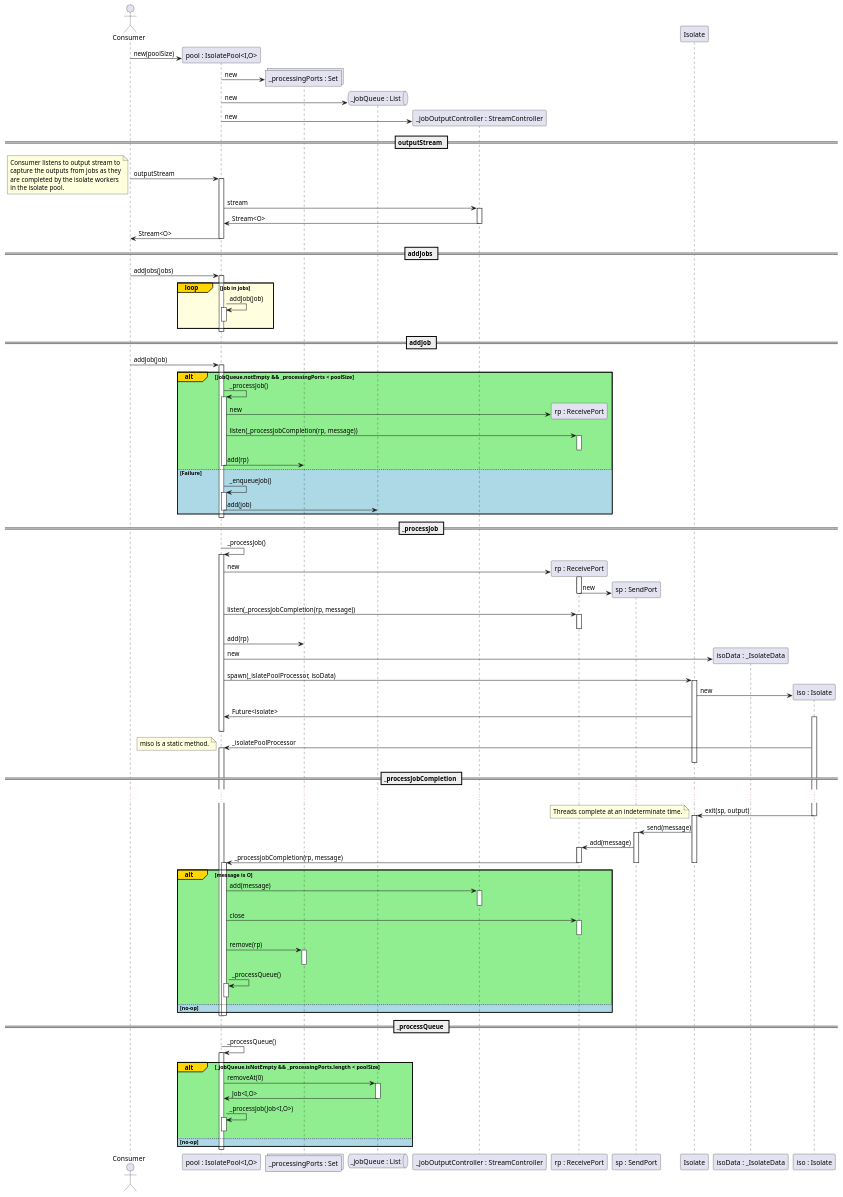
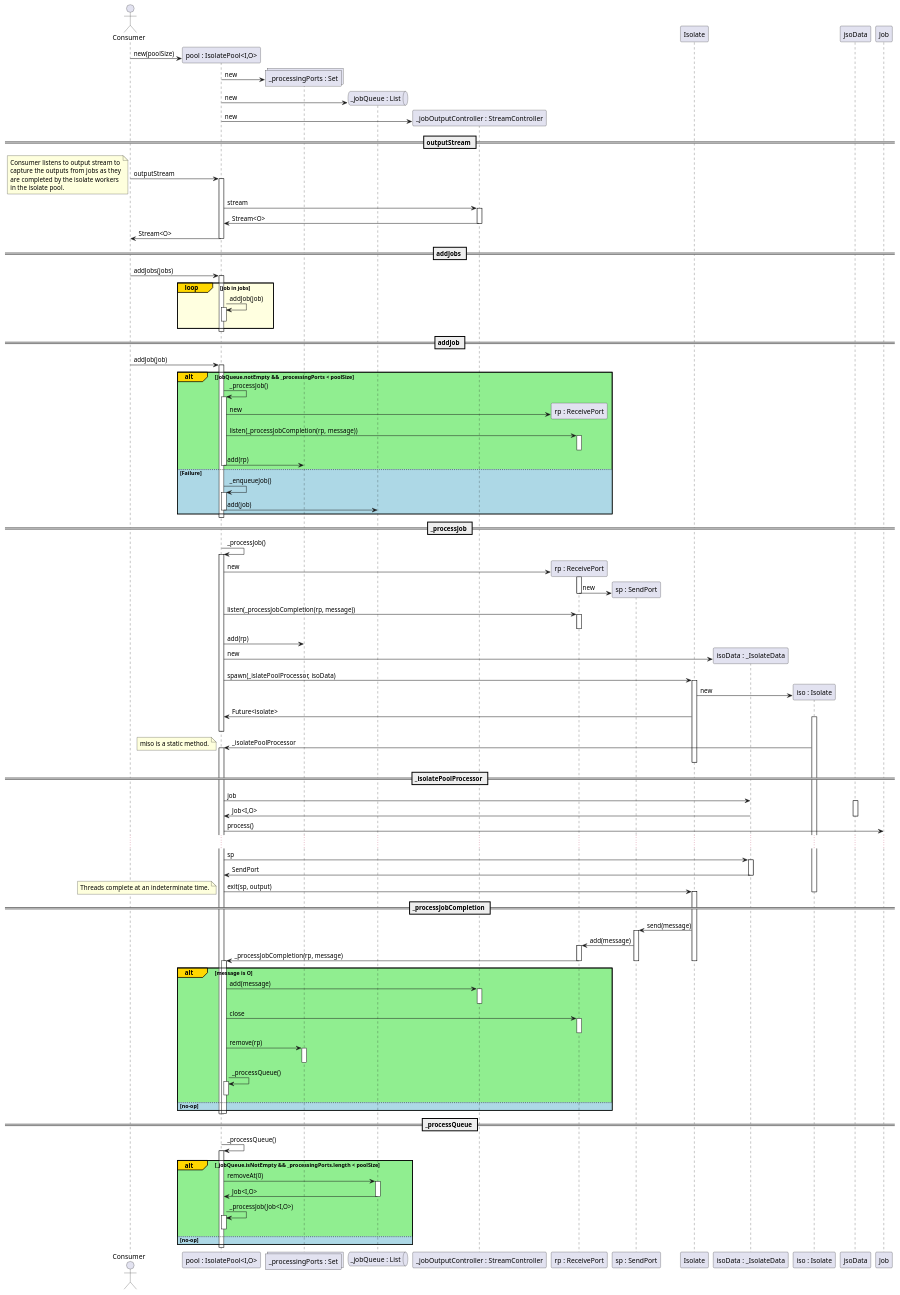
Before and after one commit to commonCereal/miso: the diagram in documentation/miso.puml, drawn with PlantUML. The commit also changed 1 other file, not shown here.

Commit message:
implemented sequence Diagram for static _isoPoolProcessor function.

```diff
--- a/documentation/miso.puml
+++ b/documentation/miso.puml
@@ -1,142 +1,153 @@
 @startuml
 'https://plantuml.com/sequence-diagram
 
 'autonumber
 actor Consumer
 participant "pool : IsolatePool<I,O>" as miso
 collections "_processingPorts : Set" as _processingPorts
 queue "_jobQueue : List" as _jobQueue
 participant "_jobOutputController : StreamController" as _jobOutputController
 participant "rp : ReceivePort" as rp
 participant "sp : SendPort" as sp
 participant Isolate
 participant "isoData : _IsolateData" as isoData
 participant "iso : Isolate" as isolate
 
 Consumer -> miso **: new(poolSize)
 miso -> _processingPorts ** : new
 miso -> _jobQueue ** : new
 miso -> _jobOutputController ** : new
 
 
 == outputStream ==
 Consumer -> miso : outputStream
 note left
     Consumer listens to output stream to
     capture the outputs from jobs as they
     are completed by the isolate workers
     in the isolate pool.
 end note
 activate miso
     miso -> _jobOutputController : stream
     activate _jobOutputController
         _jobOutputController -> miso : Stream<O>
     deactivate _jobOutputController
     miso -> Consumer : Stream<O>
 deactivate miso
 
 == addJobs ==
 Consumer -> miso : addJobs(jobs)
 activate miso
     loop#Gold #LightYellow job in jobs
         miso -> miso : addJob(job)
         activate miso
         deactivate miso
     end
 deactivate miso
 == addJob ==
 Consumer -> miso : addJob(job)
 activate miso
     alt#Gold #LightGreen JobQueue.notEmpty && _processingPorts < poolSize
         miso -> miso : _processJob()
         activate miso
             miso -> rp ** : new
             miso -> rp : listen(_processJobCompletion(rp, message))
             activate rp
             deactivate rp
             miso -> _processingPorts : add(rp)
 
         deactivate miso
     else #LightBlue Failure
         miso -> miso : _enqueueJob()
         activate miso
             miso -> _jobQueue : add(job)
         deactivate miso
     end
 deactivate miso
 
 == _processJob ==
 miso -> miso : _processJob()
 activate miso
     miso -> rp ** : new
     activate rp
         rp -> sp ** : new
     deactivate rp
     miso -> rp : listen(_processJobCompletion(rp, message))
     activate rp
     deactivate rp
     miso -> _processingPorts : add(rp)
     miso -> isoData ** : new
     miso -> Isolate : spawn(_islatePoolProcessor, isoData)
 activate Isolate
         Isolate -> isolate ** : new
         Isolate -> miso : Future<isolate>
         activate isolate
 deactivate miso
     isolate -> miso : _isolatePoolProcessor
     note left: miso is a static method.
     activate miso
 deactivate Isolate
 
+== _isolatePoolProcessor ==
+            miso -> isoData : job
+            activate jsoData
+                isoData -> miso : Job<I,O>
+            deactivate jsoData
+            miso -> Job : process()
+            ...
+            miso -> isoData : sp
+            activate isoData
+                isoData -> miso : SendPort
+            deactivate isoData
+            miso -> Isolate : exit(sp, output)
+        deactivate isolate
+
 == _processJobCompletion ==
-...
-            isolate -> Isolate : exit(sp, output)
-        deactivate isolate
     note left: Threads complete at an indeterminate time.
     activate Isolate
         Isolate -> sp : send(message)
         activate sp
             sp -> rp : add(message)
             activate rp
                 rp -> miso : _processJobCompletion(rp, message)
             deactivate rp
         deactivate sp
     deactivate Isolate
     activate miso
         alt#Gold #LightGreen message is O
             miso -> _jobOutputController : add(message)
             activate _jobOutputController
             deactivate _jobOutputController
 
             miso -> rp : close
             activate rp
             deactivate rp
 
             miso -> _processingPorts : remove(rp)
             activate _processingPorts
             deactivate _processingPorts
 
             miso -> miso : _processQueue()
             activate miso
             deactivate miso
         else #LightBlue no-op
         end
     deactivate miso
 deactivate miso
 
 == _processQueue ==
 miso -> miso : _processQueue()
 activate miso
     alt#Gold #LightGreen _jobQueue.isNotEmpty && _processingPorts.length < poolSize
         miso -> _jobQueue : removeAt(0)
         activate _jobQueue
             _jobQueue -> miso : Job<I,O>
         deactivate _jobQueue
         miso -> miso : _processJob(Job<I,O>)
         activate miso
         deactivate miso
     else #LightBlue no-op
     end
 deactivate miso
 
 @enduml
```
